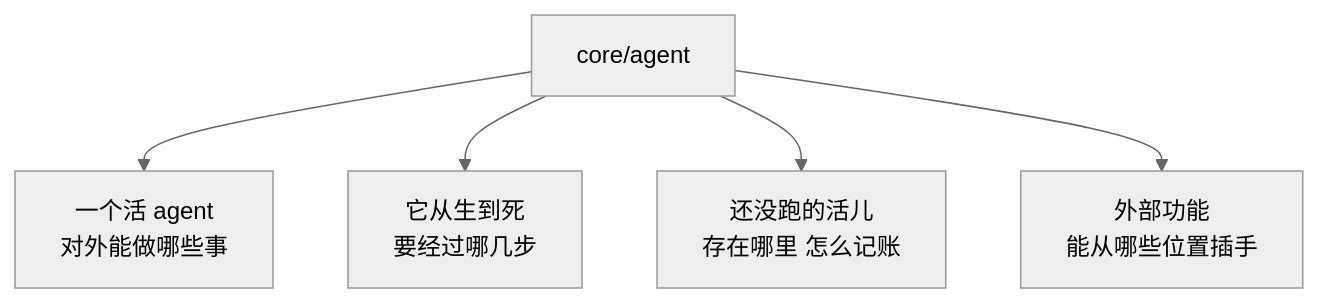
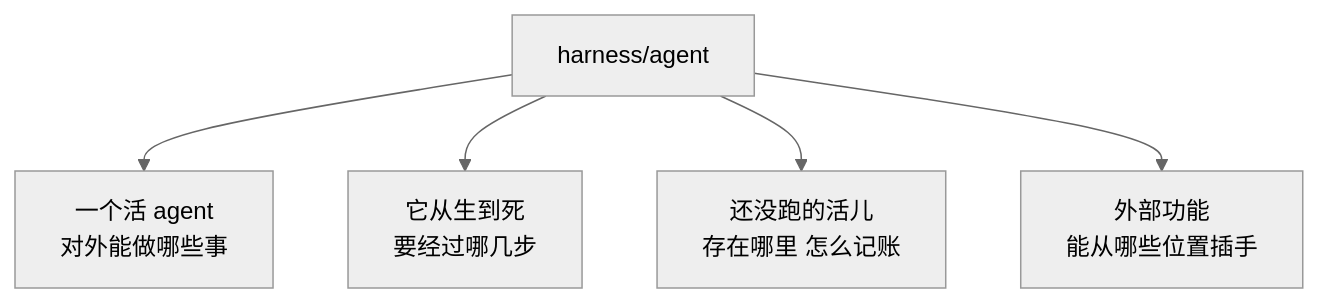
The second of 23 diagrams in docs/modules/agent.md (snight1983/ds-harness-go), drawn with Mermaid (neutral theme) before and after one commit. The commit also changed other lines of this file and 1281 other files, not shown here.

````diff
--- a/docs/modules/agent.md
+++ b/docs/modules/agent.md
@@ -34,8 +34,8 @@
 ```mermaid
 flowchart TD
-    P["core/agent"]
+    P["harness/agent"]
     P --> Q1["一个活 agent<br/>对外能做哪些事"]
     P --> Q2["它从生到死<br/>要经过哪几步"]
     P --> Q3["还没跑的活儿<br/>存在哪里 怎么记账"]
     P --> Q4["外部功能<br/>能从哪些位置插手"]
 ```
````
